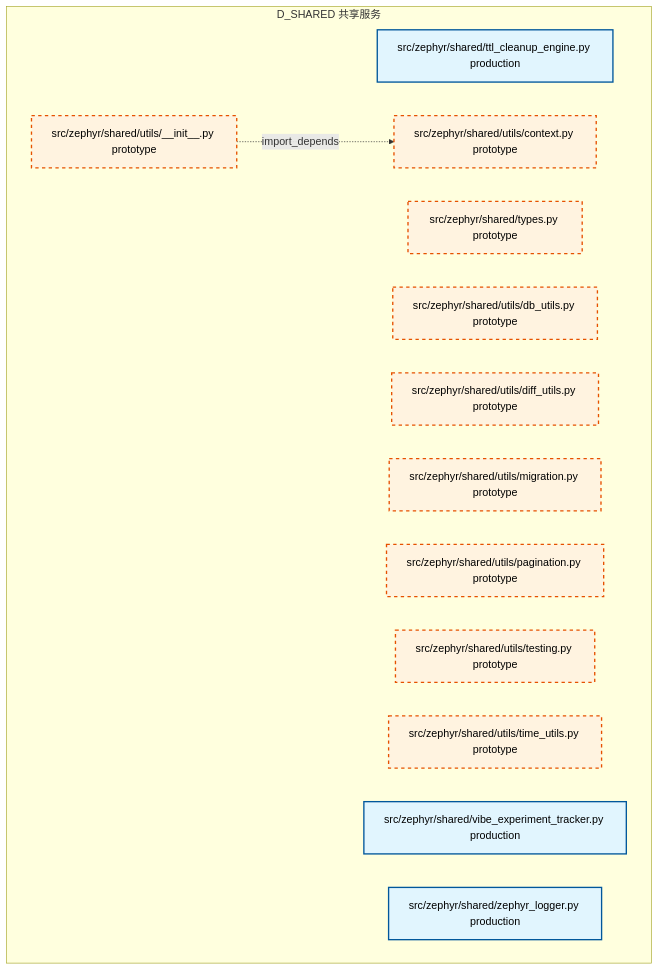
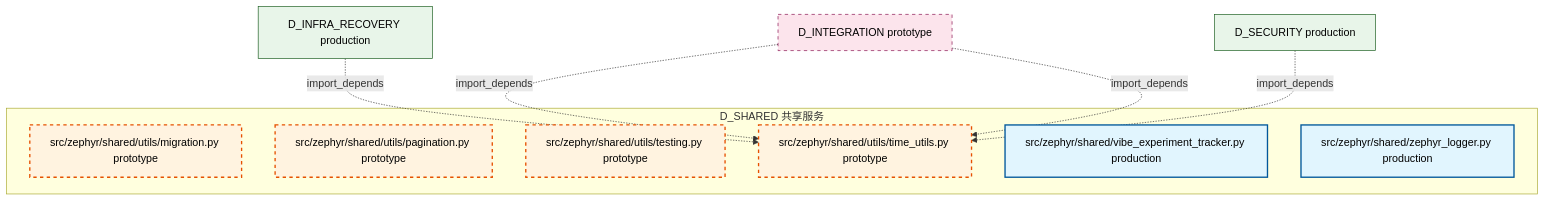
Before and after one commit to xuanFelixVan/ZephyrAlpha: the ninth of 9 diagrams in docs/02_enterprise_architecture/02_domain_architecture_docs/20_d_shared.md, drawn with Mermaid. The commit also changed other lines of this file and 105 other files, not shown here.

````diff
--- a/docs/02_enterprise_architecture/02_domain_architecture_docs/20_d_shared.md
+++ b/docs/02_enterprise_architecture/02_domain_architecture_docs/20_d_shared.md
@@ -645,24 +640,26 @@
 ```mermaid
 graph TD
     subgraph D_SHARED["D_SHARED 共享服务"]
-        src_zephyr_shared_ttl_cleanup_engine_py["src/zephyr/shared/ttl_cleanup_engine.py production"]
-        src_zephyr_shared_types_py["src/zephyr/shared/types.py prototype"]
-        src_zephyr_shared_utils_init_py["src/zephyr/shared/utils/__init__.py prototype"]
-        src_zephyr_shared_utils_context_py["src/zephyr/shared/utils/context.py prototype"]
-        src_zephyr_shared_utils_db_utils_py["src/zephyr/shared/utils/db_utils.py prototype"]
-        src_zephyr_shared_utils_diff_utils_py["src/zephyr/shared/utils/diff_utils.py prototype"]
         src_zephyr_shared_utils_migration_py["src/zephyr/shared/utils/migration.py prototype"]
         src_zephyr_shared_utils_pagination_py["src/zephyr/shared/utils/pagination.py prototype"]
         src_zephyr_shared_utils_testing_py["src/zephyr/shared/utils/testing.py prototype"]
         src_zephyr_shared_utils_time_utils_py["src/zephyr/shared/utils/time_utils.py prototype"]
         src_zephyr_shared_vibe_experiment_tracker_py["src/zephyr/shared/vibe_experiment_tracker.py production"]
         src_zephyr_shared_zephyr_logger_py["src/zephyr/shared/zephyr_logger.py production"]
     end
-    src_zephyr_shared_utils_init_py -.->|import_depends| src_zephyr_shared_utils_context_py
+    D_INFRA_RECOVERY["D_INFRA_RECOVERY production"]
+    D_INFRA_RECOVERY -.->|import_depends| src_zephyr_shared_utils_time_utils_py
+    D_INTEGRATION["D_INTEGRATION prototype"]
+    D_INTEGRATION -.->|import_depends| src_zephyr_shared_utils_time_utils_py
+    D_INTEGRATION -.->|import_depends| src_zephyr_shared_utils_time_utils_py
+    D_SECURITY["D_SECURITY production"]
+    D_SECURITY -.->|import_depends| src_zephyr_shared_utils_time_utils_py
     classDef production fill:#e1f5fe,stroke:#01579b,stroke-width:2px,color:#000
     classDef design fill:#fff3e0,stroke:#e65100,stroke-width:2px,color:#000,stroke-dasharray: 5 5
     classDef external_prod fill:#e8f5e9,stroke:#1b5e20,stroke-width:1px,color:#000
     classDef external_design fill:#fce4ec,stroke:#880e4f,stroke-width:1px,color:#000,stroke-dasharray: 5 5
-    class src_zephyr_shared_ttl_cleanup_engine_py,src_zephyr_shared_vibe_experiment_tracker_py,src_zephyr_shared_zephyr_logger_py production
-    class src_zephyr_shared_types_py,src_zephyr_shared_utils_init_py,src_zephyr_shared_utils_context_py,src_zephyr_shared_utils_db_utils_py,src_zephyr_shared_utils_diff_utils_py,src_zephyr_shared_utils_migration_py,src_zephyr_shared_utils_pagination_py,src_zephyr_shared_utils_testing_py,src_zephyr_shared_utils_time_utils_py design
+    class src_zephyr_shared_vibe_experiment_tracker_py,src_zephyr_shared_zephyr_logger_py production
+    class src_zephyr_shared_utils_migration_py,src_zephyr_shared_utils_pagination_py,src_zephyr_shared_utils_testing_py,src_zephyr_shared_utils_time_utils_py design
+    class D_INFRA_RECOVERY,D_SECURITY external_prod
+    class D_INTEGRATION external_design
 ```
````
